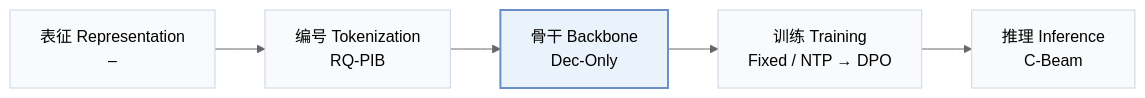
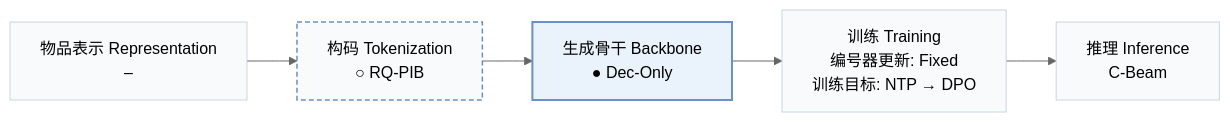
One commit to Galaxy-ghost/Awesome-SID-Generative-Rec changed the first of 2 diagrams in pages/zh/papers/spar-youku.md. Above: the diagram before and after it, drawn with Mermaid (neutral theme). The commit also changed other lines of this file and 558 other files, not shown here.

````diff
--- a/pages/zh/papers/spar-youku.md
+++ b/pages/zh/papers/spar-youku.md
@@ -15,8 +18,10 @@
 ```mermaid
 flowchart LR
-    R["表征 Representation<br/>–"] --> T["编号 Tokenization<br/>RQ-PIB"] --> B["骨干 Backbone<br/>Dec-Only"] --> TR["训练 Training<br/>Fixed / NTP → DPO"] --> I["推理 Inference<br/>C-Beam"]
+    R["物品表示 Representation<br/>–"] --> T["构码 Tokenization<br/>○ RQ-PIB"] --> B["生成骨干 Backbone<br/>● Dec-Only"] --> TR["训练 Training<br/>编号器更新: Fixed<br/>训练目标: NTP → DPO"] --> I["推理 Inference<br/>C-Beam"]
     classDef base fill:#f8fafc,stroke:#cbd5e1
     class R,T,B,TR,I base
+    classDef other fill:#f8fafc,stroke:#6b8fc7,stroke-width:1.5px,stroke-dasharray:5 3
+    class T other
     classDef main fill:#eaf2fb,stroke:#6b8fc7,stroke-width:2px
     class B main
 ```
````
